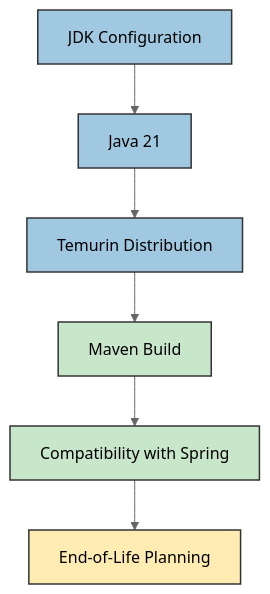
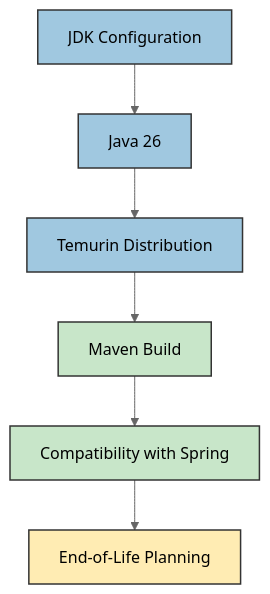
One commit to Hack23/cia changed the sixth of 8 diagrams in WORKFLOWS.md. Above: the diagram before and after it, drawn with Mermaid (neutral theme). The commit also changed other lines of this file and 20 other files, not shown here.

Commit message:
feat: update all configs, workflows, and docs to use Java 26 with roadmap

````diff
--- a/WORKFLOWS.md
+++ b/WORKFLOWS.md
@@ -812,17 +812,17 @@
 ```mermaid
 graph TD
-    A[JDK Configuration] --> B[Java 21]
+    A[JDK Configuration] --> B[Java 26]
     B --> C[Temurin Distribution]
     C --> D[Maven Build]
     D --> E[Compatibility with Spring]
     E --> F[End-of-Life Planning]
 
     %% Enhanced styling
     classDef jdk fill:#a0c8e0,stroke:#333,stroke-width:1.5px,color:black
     classDef build fill:#c8e6c9,stroke:#333,stroke-width:1.5px,color:black
     classDef planning fill:#ffecb3,stroke:#333,stroke-width:1.5px,color:black
 
     class A,B,C jdk
     class D,E build
     class F planning
 ```
````
